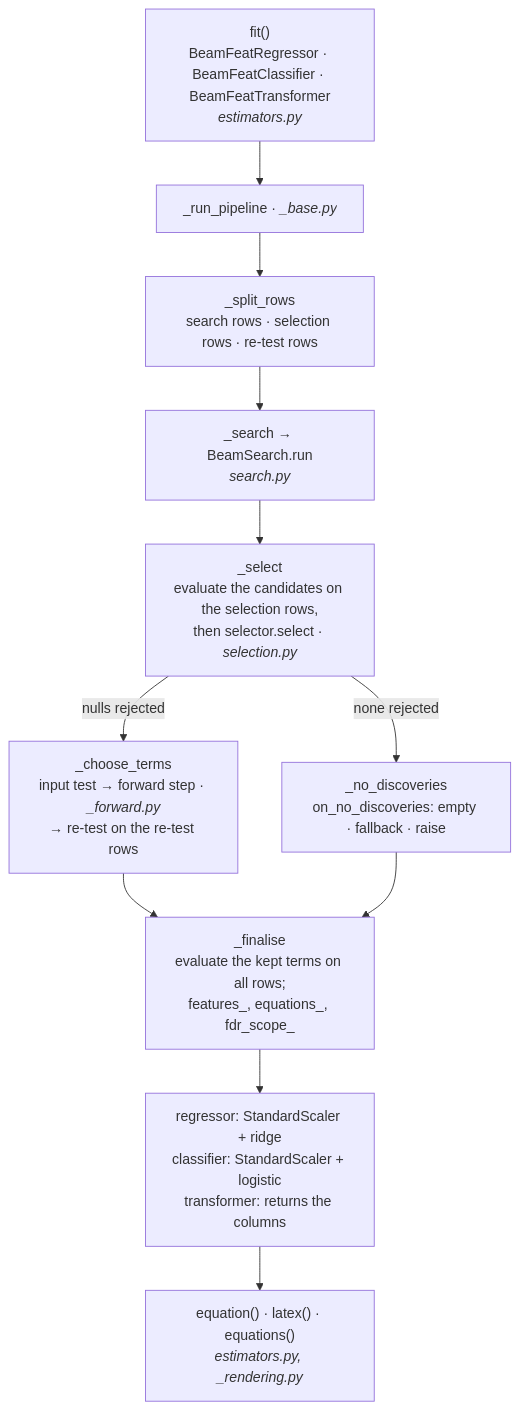
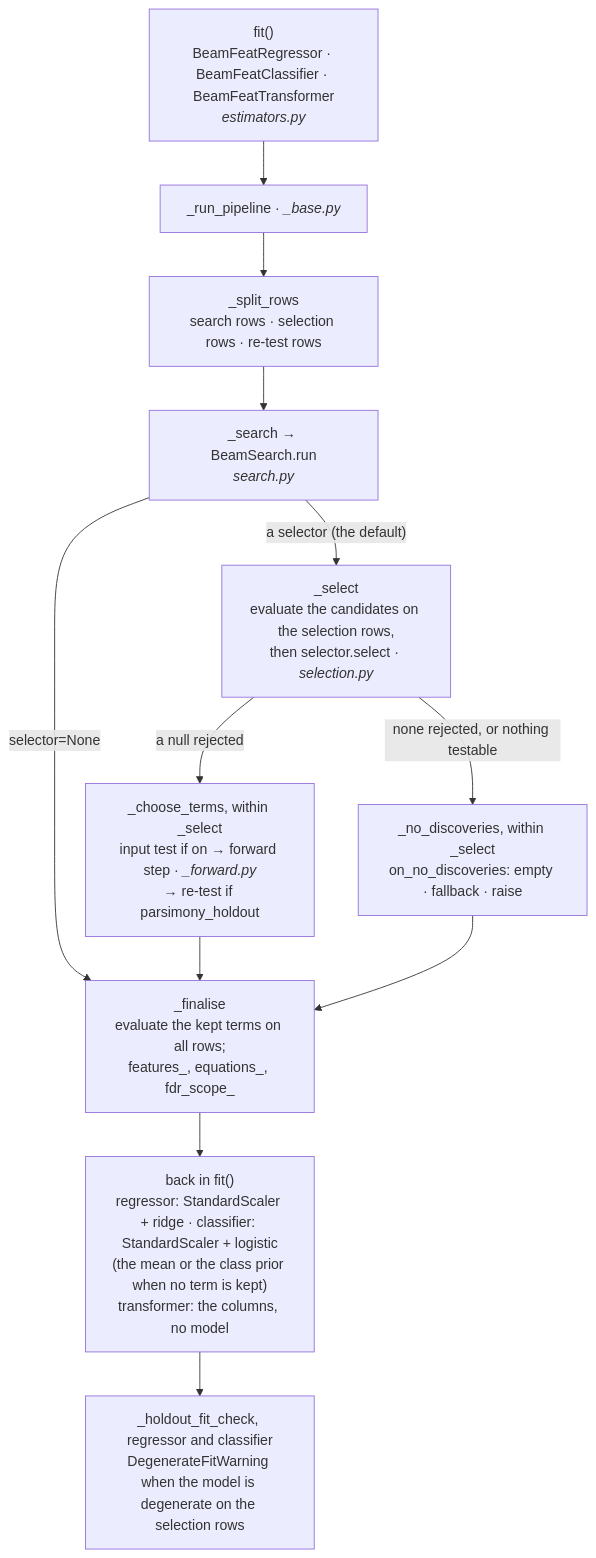
Before and after one commit to LD-Shell/beamfeat: the first of 3 diagrams in ARCHITECTURE.md, drawn with Mermaid. The commit also changed other lines of this file, not shown here.

Commit message:
ARCHITECTURE: precise fallback, prediction and operator notes

````diff
--- a/ARCHITECTURE.md
+++ b/ARCHITECTURE.md
@@ -13,14 +13,15 @@
 ```mermaid
 flowchart TD
     fit["fit()<br/>BeamFeatRegressor · BeamFeatClassifier · BeamFeatTransformer<br/><i>estimators.py</i>"]
     fit --> pipe["_run_pipeline · <i>_base.py</i>"]
     pipe --> rows["_split_rows<br/>search rows · selection rows · re-test rows"]
     rows --> search["_search → BeamSearch.run<br/><i>search.py</i>"]
-    search --> screen["_select<br/>evaluate the candidates on the selection rows,<br/>then selector.select · <i>selection.py</i>"]
-    screen -->|"nulls rejected"| choose["_choose_terms<br/>input test → forward step · <i>_forward.py</i><br/>→ re-test on the re-test rows"]
-    screen -->|"none rejected"| nodisc["_no_discoveries<br/>on_no_discoveries: empty · fallback · raise"]
+    search -->|"a selector (the default)"| screen["_select<br/>evaluate the candidates on the selection rows,<br/>then selector.select · <i>selection.py</i>"]
+    search -->|"selector=None"| finish
+    screen -->|"a null rejected"| choose["_choose_terms, within _select<br/>input test if on → forward step · <i>_forward.py</i><br/>→ re-test if parsimony_holdout"]
+    screen -->|"none rejected, or nothing testable"| nodisc["_no_discoveries, within _select<br/>on_no_discoveries: empty · fallback · raise"]
     choose --> finish["_finalise<br/>evaluate the kept terms on all rows;<br/>features_, equations_, fdr_scope_"]
     nodisc --> finish
-    finish --> model["regressor: StandardScaler + ridge<br/>classifier: StandardScaler + logistic<br/>transformer: returns the columns"]
-    model --> out["equation() · latex() · equations()<br/><i>estimators.py, _rendering.py</i>"]
+    finish --> model["back in fit()<br/>regressor: StandardScaler + ridge · classifier: StandardScaler + logistic<br/>(the mean or the class prior when no term is kept)<br/>transformer: the columns, no model"]
+    model --> check["_holdout_fit_check, regressor and classifier<br/>DegenerateFitWarning when the model is degenerate on the selection rows"]
 ```
````
